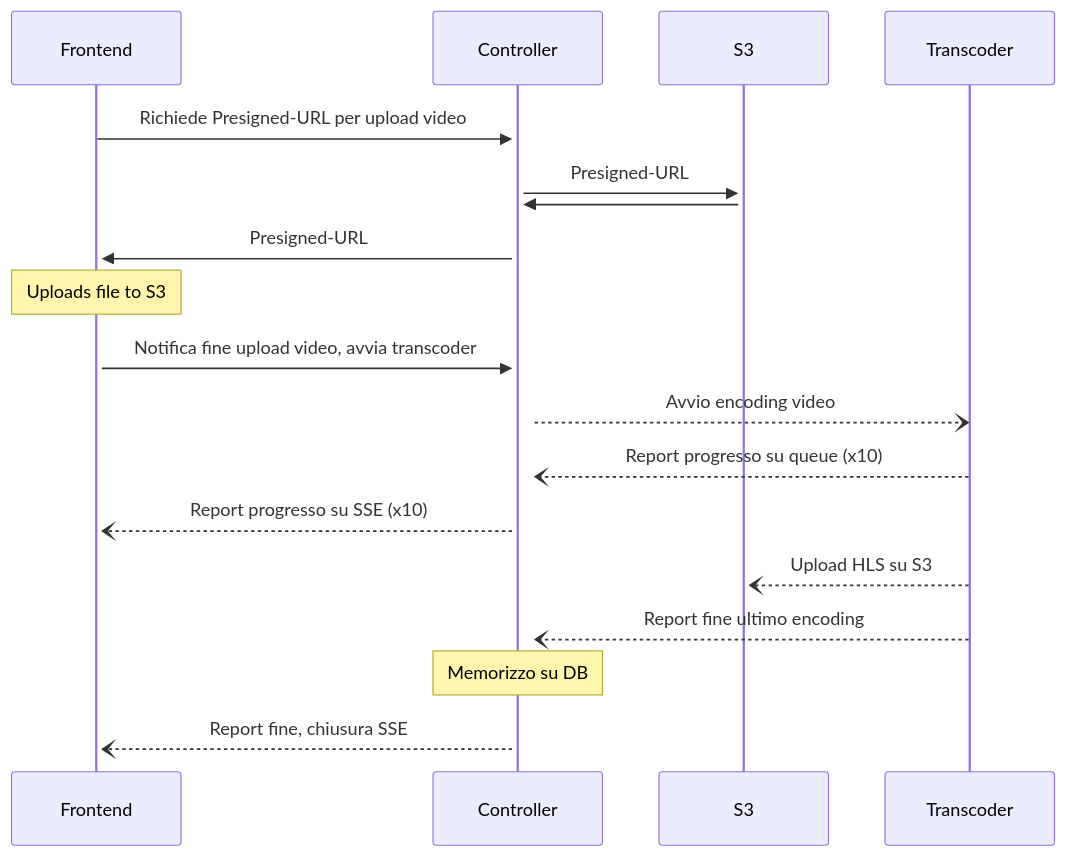
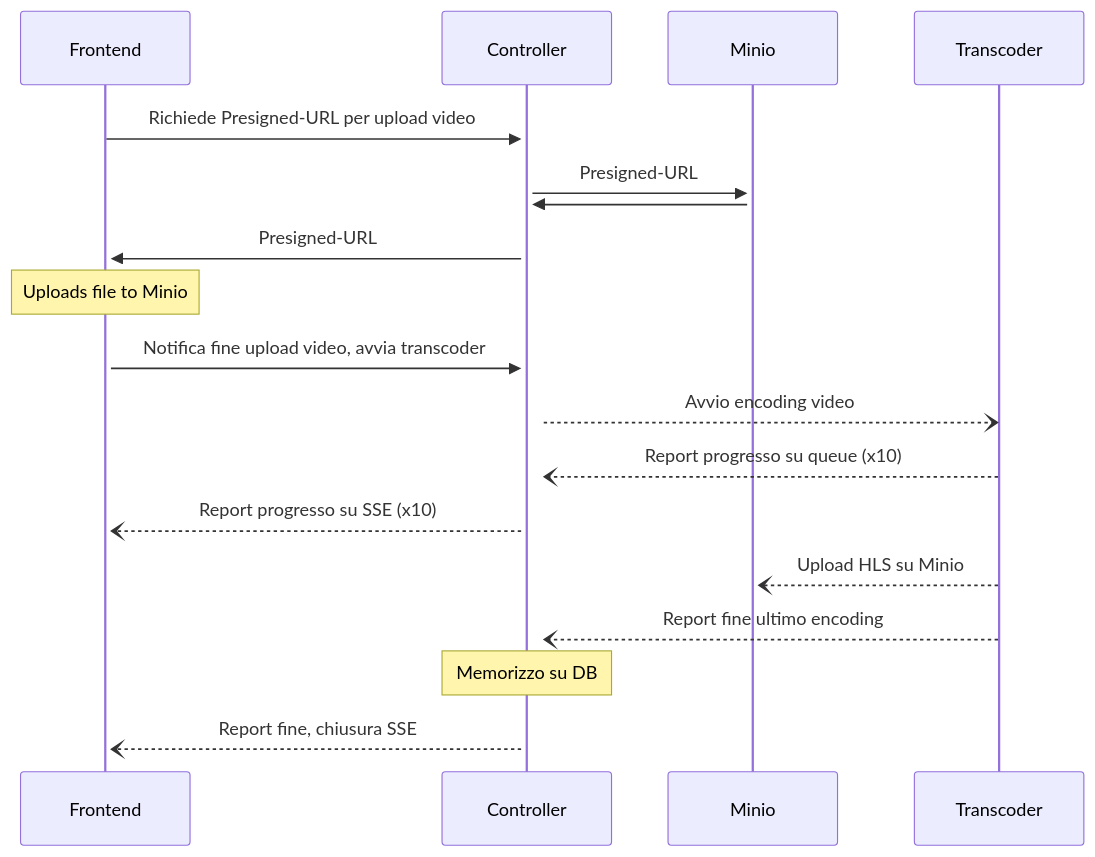
One commit to Frig00/Cloud-Computing-Project changed the second of 2 diagrams in docs/upload-flow.md. Above: the diagram before and after it, drawn with Mermaid. The commit also changed other lines of this file, not shown here.

````diff
--- a/docs/upload-flow.md
+++ b/docs/upload-flow.md
@@ -2,16 +21,16 @@
 ```mermaid
 sequenceDiagram
     Frontend->>+Controller: Richiede Presigned-URL per upload video
-    Controller->>+S3: Presigned-URL
-    S3->>+Controller: 
+    Controller->>+Minio: Presigned-URL
+    Minio->>+Controller: 
     Controller->>+Frontend: Presigned-URL
-    Note over Frontend: Uploads file to S3
+    Note over Frontend: Uploads file to Minio
     Frontend->>+Controller: Notifica fine upload video, avvia transcoder
     Controller--)Transcoder: Avvio encoding video
     Transcoder--)Controller: Report progresso su queue (x10)
     Controller--)Frontend: Report progresso su SSE (x10)
-    Transcoder--)S3: Upload HLS su S3
+    Transcoder--)Minio: Upload HLS su Minio
     Transcoder--)Controller: Report fine ultimo encoding
     Note over Controller: Memorizzo su DB
     Controller--)Frontend: Report fine, chiusura SSE
 ```
````
